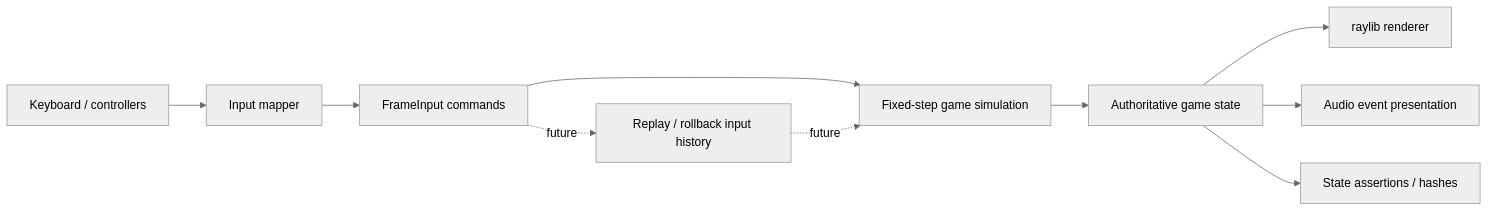
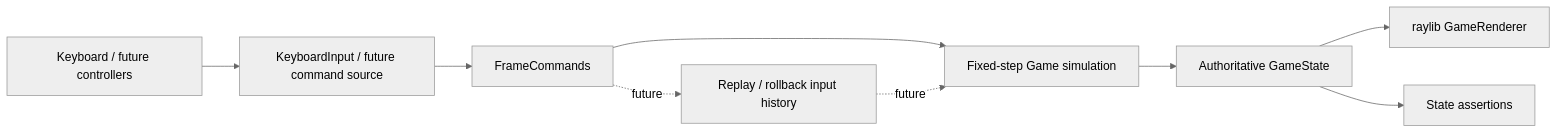
Before and after one commit to halfdimension/arena-clash: the first of 3 diagrams in docs/ARCHITECTURE.md, drawn with Mermaid (neutral theme). The commit also changed other lines of this file and 17 other files, not shown here.

````diff
--- a/docs/ARCHITECTURE.md
+++ b/docs/ARCHITECTURE.md
@@ -33,12 +33,11 @@
 ```mermaid
 flowchart LR
-    Devices[Keyboard / controllers] --> Input[Input mapper]
-    Input --> Commands[FrameInput commands]
-    Commands --> Simulation[Fixed-step game simulation]
-    Simulation --> State[Authoritative game state]
-    State --> Renderer[raylib renderer]
-    State --> Audio[Audio event presentation]
-    State --> Tests[State assertions / hashes]
+    Devices[Keyboard / future controllers] --> Input[KeyboardInput / future command source]
+    Input --> Commands[FrameCommands]
+    Commands --> Simulation[Fixed-step Game simulation]
+    Simulation --> State[Authoritative GameState]
+    State --> Renderer[raylib GameRenderer]
+    State --> Tests[State assertions]
     Commands -. future .-> Replay[Replay / rollback input history]
     Replay -. future .-> Simulation
 ```
````
